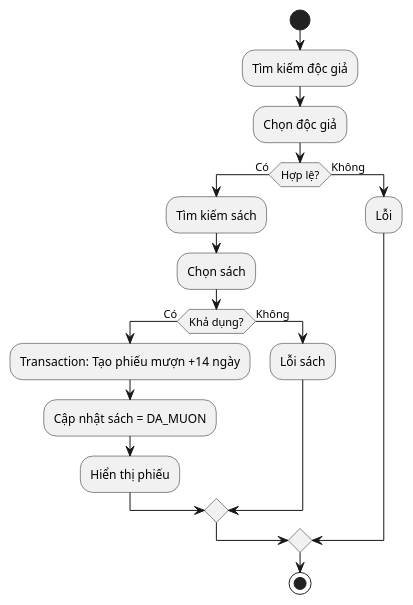
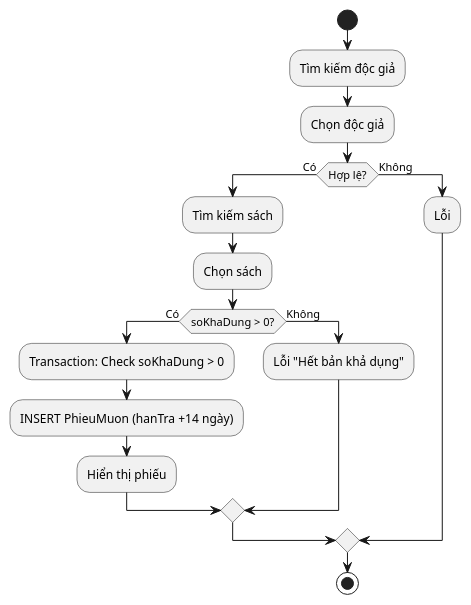
Before and after one commit to NPhamDoan/FULL_QLThuVien: the third of 15 diagrams in .kiro/document/BaoCao_3UC_PlantUML.md, drawn with PlantUML. The commit also changed other lines of this file and 37 other files, not shown here.

````diff
--- a/.kiro/document/BaoCao_3UC_PlantUML.md
+++ b/.kiro/document/BaoCao_3UC_PlantUML.md
@@ -105,21 +105,21 @@
 ```plantuml
 @startuml
 start
 :Tìm kiếm độc giả;
 :Chọn độc giả;
 if (Hợp lệ?) then (Có)
   :Tìm kiếm sách;
   :Chọn sách;
-  if (Khả dụng?) then (Có)
-    :Transaction: Tạo phiếu mượn +14 ngày;
-    :Cập nhật sách = DA_MUON;
+  if (soKhaDung > 0?) then (Có)
+    :Transaction: Check soKhaDung > 0;
+    :INSERT PhieuMuon (hanTra +14 ngày);
     :Hiển thị phiếu;
   else (Không)
-    :Lỗi sách;
+    :Lỗi "Hết bản khả dụng";
   endif
 else (Không)
   :Lỗi;
 endif
 stop
 @enduml
 ```
````
